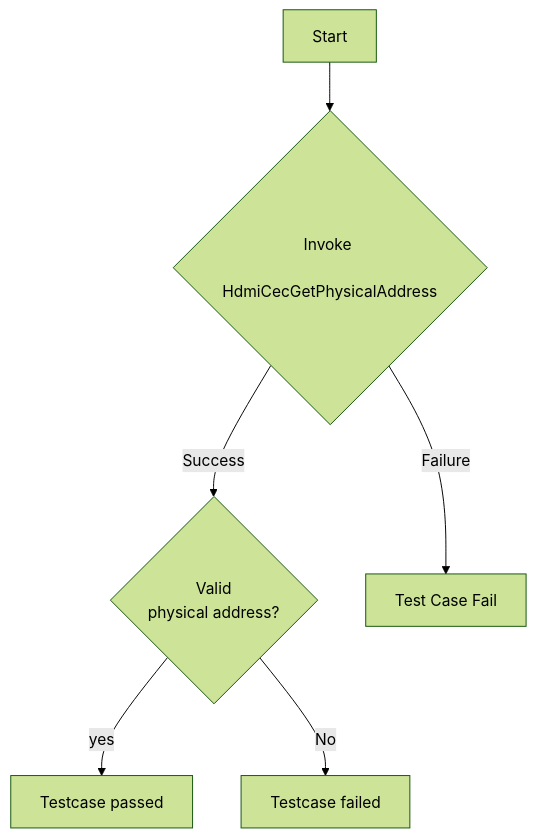
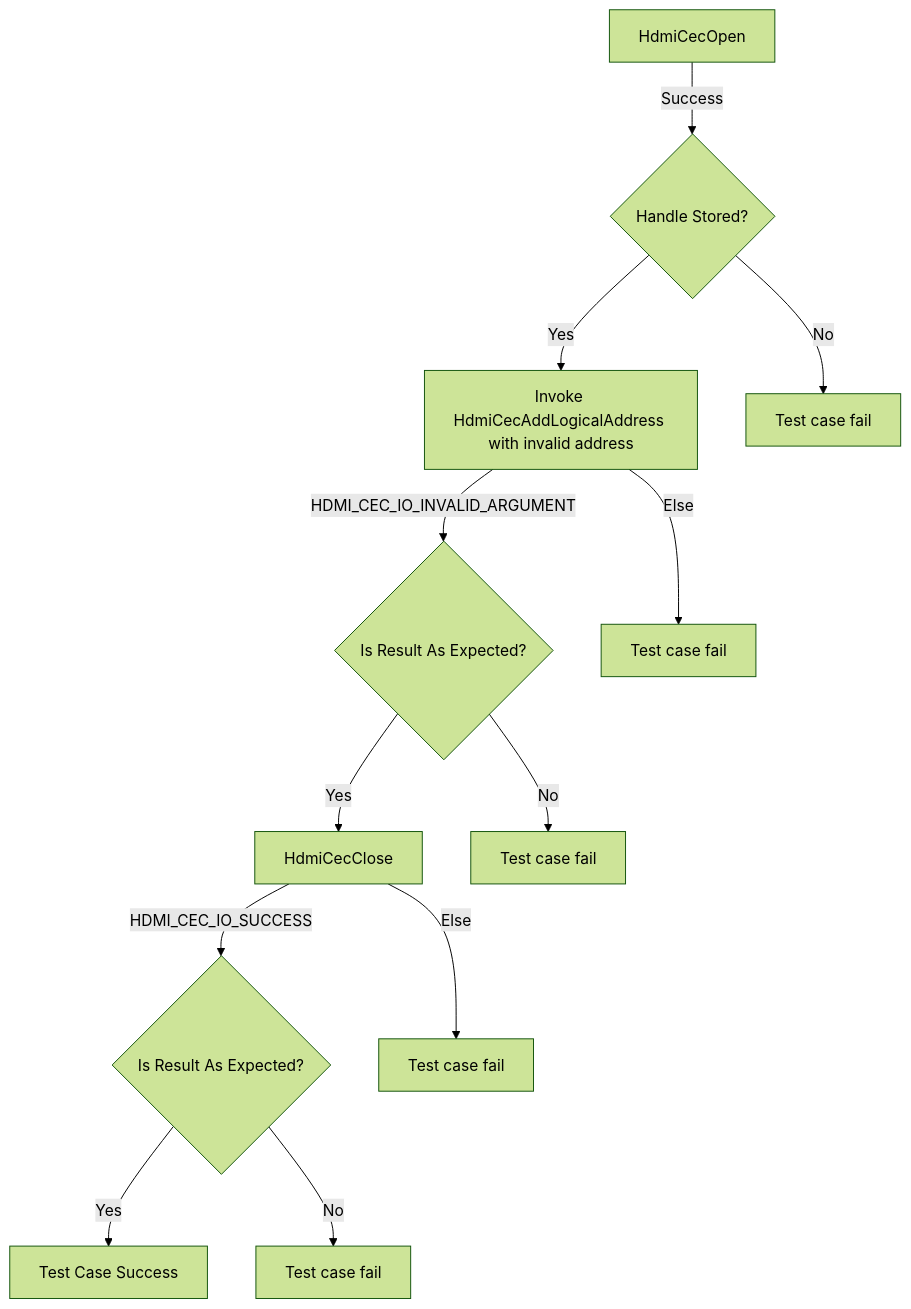
One commit to rdkcentral/rdk-halif-test-hdmi_cec changed the second of 5 diagrams in docs/pages/l2_hdmi_cec_driver_test_specification.md. Above: the diagram before and after it, drawn with Mermaid (forest theme). The commit also changed other lines of this file and 3 other files, not shown here.

First line of the commit message:
TDK-7908: L2 Tests for hdmi cec

````diff
--- a/docs/pages/l2_hdmi_cec_driver_test_specification.md
+++ b/docs/pages/l2_hdmi_cec_driver_test_specification.md
@@ -158,8 +67,14 @@
 ```mermaid
-graph TB
-A[Start] --> B{Invoke <br> HdmiCecGetPhysicalAddress}
-B -- Success --> C{Valid <br>physical address?}
-B -- Failure --> D[Test Case Fail]
-C -- yes --> E[Testcase passed]
-C -- No --> F[Testcase failed]
+graph TD
+A[HdmiCecOpen] -->|Success| B{Handle Stored?}
+B -->|Yes| C[Invoke HdmiCecAddLogicalAddress with invalid address]
+B -->|No| BF[Test case fail]
+C -->|HDMI_CEC_IO_INVALID_ARGUMENT| D{Is Result As Expected?}
+C -->|Else| CF[Test case fail]
+D -->|Yes| E[HdmiCecClose]
+D -->|No| DF[Test case fail]
+E -->|HDMI_CEC_IO_SUCCESS| F{Is Result As Expected?}
+E -->|Else| EF[Test case fail]
+F -->|Yes| G[Test Case Success]
+F -->|No| FF[Test case fail]
 ```
````
